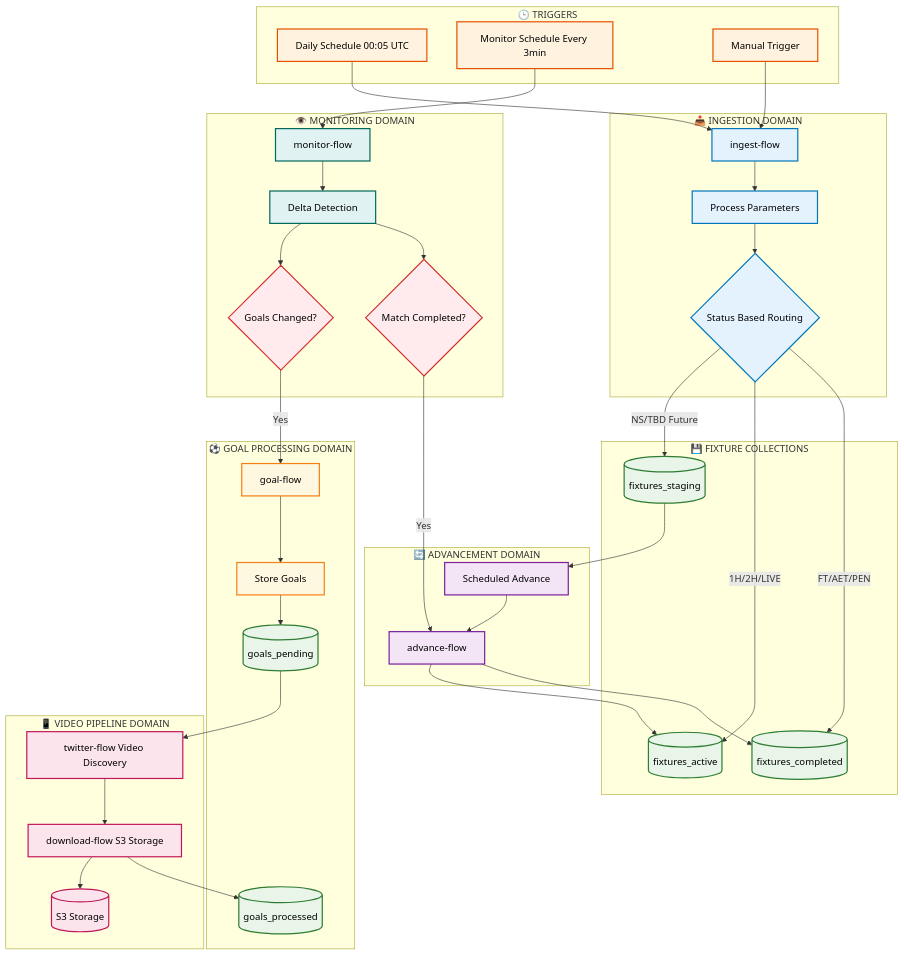
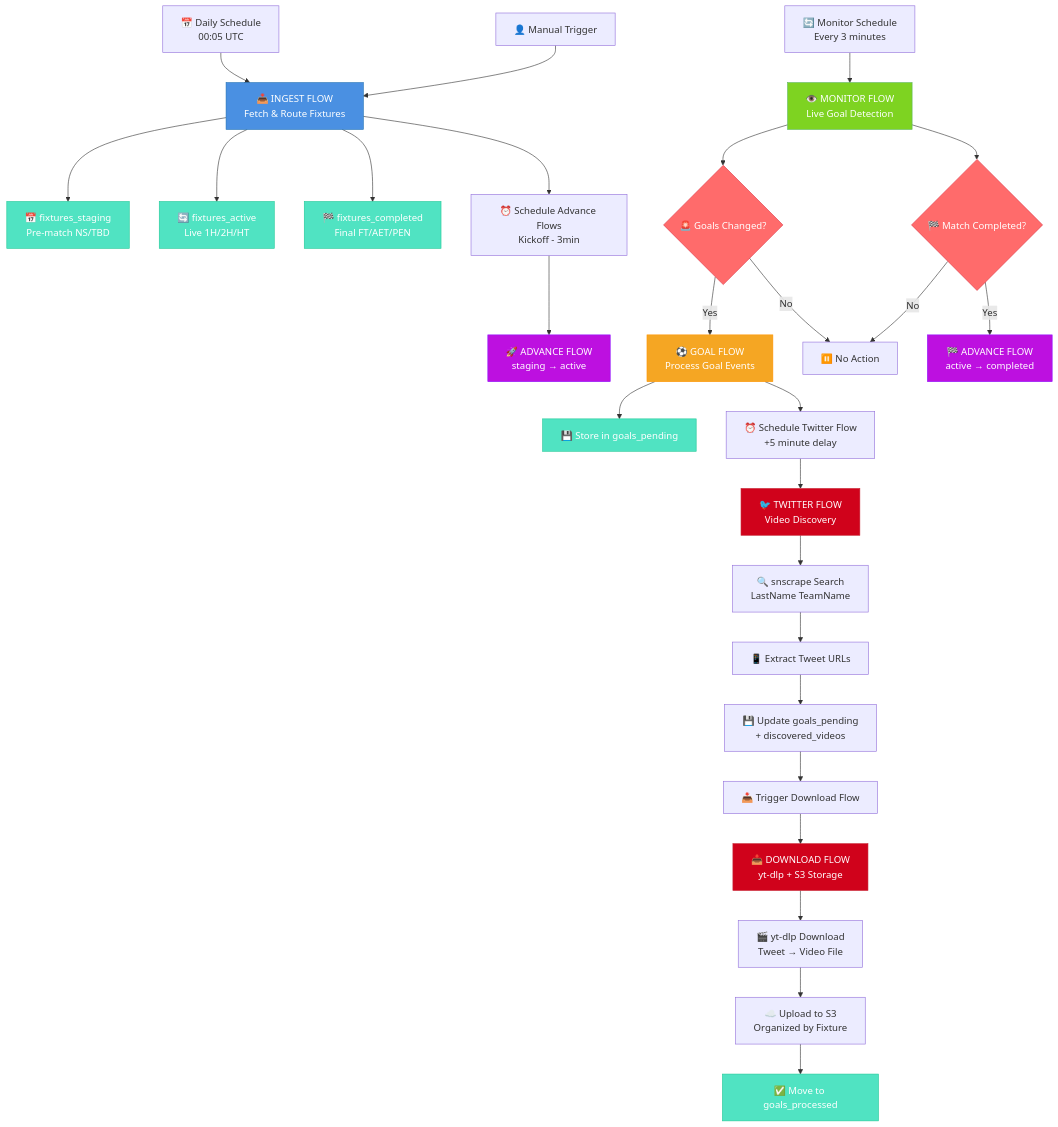
One commit to vedantadhobley/found-footy changed the first of 2 diagrams in README.md. Above: the diagram before and after it, drawn with Mermaid. The commit also changed other lines of this file, not shown here.

Commit message:
Updated README to reflect new Twitter and download pattern.

````diff
--- a/README.md
+++ b/README.md
@@ -20,102 +22,58 @@
 ```mermaid
 graph TB
-    %% Triggers
-    subgraph "🕒 TRIGGERS"
-        DAILY[Daily Schedule 00:05 UTC]
-        MONITOR_SCHED[Monitor Schedule Every 3min]
-        MANUAL[Manual Trigger]
-    end
+    %% Triggers and External Events
+    A[📅 Daily Schedule<br/>00:05 UTC] --> B[📥 INGEST FLOW<br/>Fetch & Route Fixtures]
+    A1[👤 Manual Trigger] --> B
     
-    %% Ingestion
-    subgraph "📥 INGESTION DOMAIN"
-        IF[ingest-flow]
-        PROCESS[Process Parameters]
-        ROUTE{Status Based Routing}
-    end
+    %% Ingest Flow Outputs
+    B --> C[📅 fixtures_staging<br/>Pre-match NS/TBD]
+    B --> D[🔄 fixtures_active<br/>Live 1H/2H/HT]
+    B --> E[🏁 fixtures_completed<br/>Final FT/AET/PEN]
     
-    %% Storage
-    subgraph "💾 FIXTURE COLLECTIONS"
-        STAGING[(fixtures_staging)]
-        ACTIVE[(fixtures_active)]
-        COMPLETED[(fixtures_completed)]
-    end
+    %% Scheduled Advances
+    B --> F[⏰ Schedule Advance Flows<br/>Kickoff - 3min]
+    F --> G[🚀 ADVANCE FLOW<br/>staging → active]
     
-    %% Advancement
-    subgraph "🔄 ADVANCEMENT DOMAIN"
-        SCHED_ADV[Scheduled Advance]
-        AF[advance-flow]
-    end
+    %% Live Monitoring Loop
+    H[🔄 Monitor Schedule<br/>Every 3 minutes] --> I[👁️ MONITOR FLOW<br/>Live Goal Detection]
+    I --> J{🚨 Goals Changed?}
+    J -->|Yes| K[⚽ GOAL FLOW<br/>Process Goal Events]
+    J -->|No| L[⏸️ No Action]
     
-    %% Monitoring
-    subgraph "👁️ MONITORING DOMAIN"
-        MF[monitor-flow]
-        DELTA[Delta Detection]
-        CHECK_GOALS{Goals Changed?}
-        CHECK_COMPLETE{Match Completed?}
-    end
+    %% Two-Stage Video Pipeline
+    K --> M[💾 Store in goals_pending]
+    K --> N[⏰ Schedule Twitter Flow<br/>+5 minute delay]
+    N --> O[🐦 TWITTER FLOW<br/>Video Discovery]
+    O --> P[🔍 snscrape Search<br/>LastName TeamName]
+    P --> Q[📱 Extract Tweet URLs]
+    Q --> R[💾 Update goals_pending<br/>+ discovered_videos]
+    R --> S[📥 Trigger Download Flow]
     
-    %% Goal Processing
-    subgraph "⚽ GOAL PROCESSING DOMAIN"
-        GF[goal-flow]
-        STORE_GOAL[Store Goals]
-        GOALS_PENDING[(goals_pending)]
-        GOALS_PROCESSED[(goals_processed)]
-    end
+    %% Download and Storage
+    S --> T[📥 DOWNLOAD FLOW<br/>yt-dlp + S3 Storage]
+    T --> U[🎬 yt-dlp Download<br/>Tweet → Video File]
+    U --> V[☁️ Upload to S3<br/>Organized by Fixture]
+    V --> W[✅ Move to goals_processed]
     
-    %% Video Pipeline
-    subgraph "📱 VIDEO PIPELINE DOMAIN"
-        TF[twitter-flow Video Discovery]
-        DF[download-flow S3 Storage]
-        S3[(S3 Storage)]
-    end
+    %% Completion Flow
+    I --> X{🏁 Match Completed?}
+    X -->|Yes| Y[🏁 ADVANCE FLOW<br/>active → completed]
+    X -->|No| L
     
-    %% Main Flow Connections
-    DAILY --> IF
-    MANUAL --> IF
-    IF --> PROCESS
-    PROCESS --> ROUTE
+    %% Status-based Collection Management
+    classDef ingest fill:#4A90E2,stroke:#2171b5,color:#fff
+    classDef monitor fill:#7ED321,stroke:#5cb85c,color:#fff
+    classDef advance fill:#BD10E0,stroke:#9013fe,color:#fff
+    classDef goal fill:#F5A623,stroke:#ff9500,color:#fff
+    classDef video fill:#D0021B,stroke:#c82333,color:#fff
+    classDef storage fill:#50E3C2,stroke:#20c997,color:#fff
+    classDef decision fill:#FF6B6B,stroke:#dc3545,color:#fff
     
-    ROUTE -->|NS/TBD Future| STAGING
-    ROUTE -->|1H/2H/LIVE| ACTIVE
-    ROUTE -->|FT/AET/PEN| COMPLETED
-    
-    STAGING --> SCHED_ADV
-    SCHED_ADV --> AF
-    AF --> ACTIVE
-    
-    MONITOR_SCHED --> MF
-    MF --> DELTA
-    DELTA --> CHECK_GOALS
-    DELTA --> CHECK_COMPLETE
-    
-    CHECK_GOALS -->|Yes| GF
-    CHECK_COMPLETE -->|Yes| AF
-    
-    GF --> STORE_GOAL
-    STORE_GOAL --> GOALS_PENDING
-    GOALS_PENDING --> TF
-    TF --> DF
-    DF --> S3
-    DF --> GOALS_PROCESSED
-    
-    AF --> COMPLETED
-    
-    %% Styling - BLACK TEXT ON LIGHT BACKGROUNDS, WHITE TEXT ON DARK
-    classDef trigger fill:#fff3e0,stroke:#e65100,stroke-width:2px,color:#000000
-    classDef ingest fill:#e3f2fd,stroke:#0277bd,stroke-width:2px,color:#000000
-    classDef storage fill:#e8f5e8,stroke:#2e7d32,stroke-width:2px,color:#000000
-    classDef advance fill:#f3e5f5,stroke:#7b1fa2,stroke-width:2px,color:#000000
-    classDef monitor fill:#e0f2f1,stroke:#00695c,stroke-width:2px,color:#000000
-    classDef goal fill:#fff8e1,stroke:#f57f17,stroke-width:2px,color:#000000
-    classDef video fill:#fce4ec,stroke:#c2185b,stroke-width:2px,color:#000000
-    classDef decision fill:#ffebee,stroke:#d32f2f,stroke-width:2px,color:#000000
-    
-    class DAILY,MONITOR_SCHED,MANUAL trigger
-    class IF,PROCESS,ROUTE ingest
-    class STAGING,ACTIVE,COMPLETED,GOALS_PENDING,GOALS_PROCESSED storage
-    class SCHED_ADV,AF advance
-    class MF,DELTA monitor
-    class GF,STORE_GOAL goal
-    class TF,DF,S3 video
-    class CHECK_GOALS,CHECK_COMPLETE decision
+    class B ingest
+    class I monitor
+    class G,Y advance
+    class K goal
+    class O,T video
+    class C,D,E,M,W storage
+    class J,X decision
 ```
````
